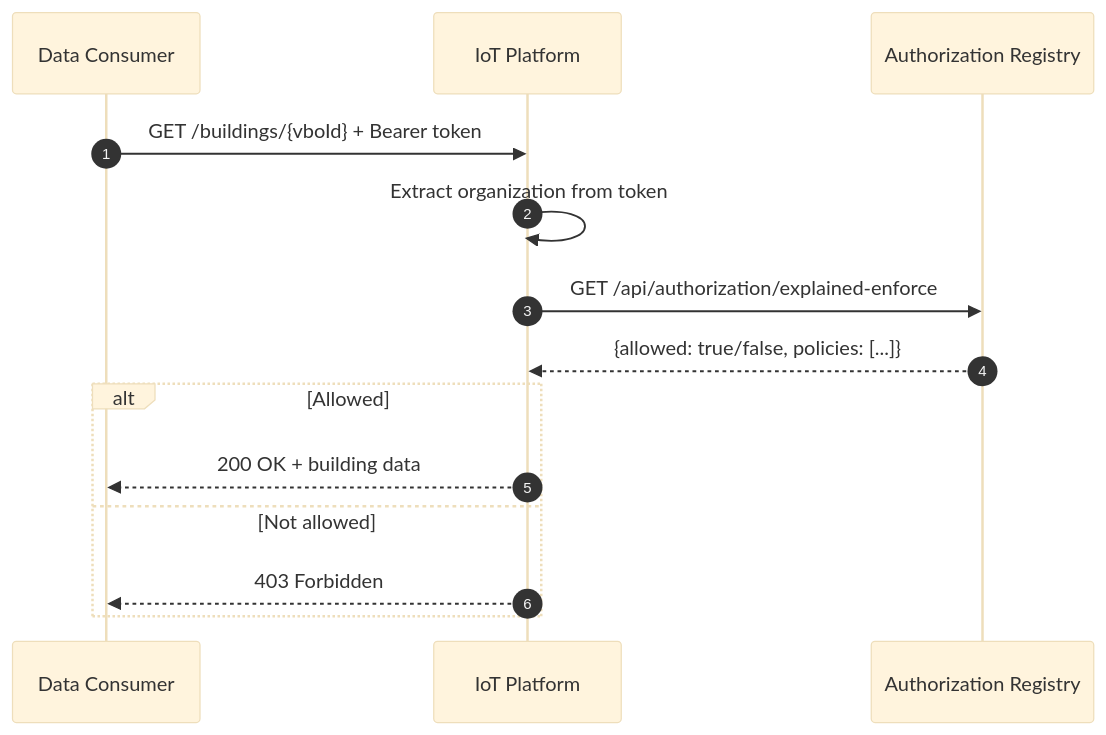
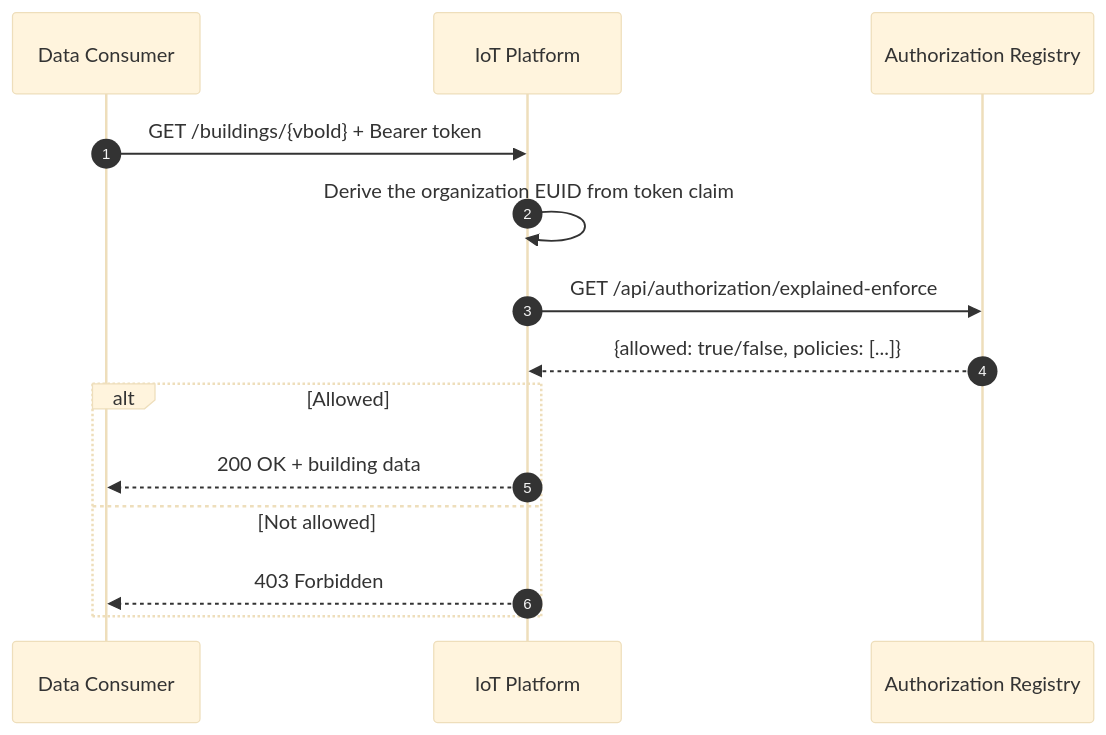
Before and after one commit to POORT8/Poort8.Docs: the second of 2 diagrams in gds-draft/architecture.md, drawn with Mermaid (base theme). The commit also changed 3 other files, not shown here.

````diff
--- a/gds-draft/architecture.md
+++ b/gds-draft/architecture.md
@@ -140,17 +140,17 @@
 ```mermaid
 sequenceDiagram
     autonumber
     participant David as Data Consumer
     participant Charlie as IoT Platform
     participant AR as Authorization Registry
 
     David->>Charlie: GET /buildings/{vboId} + Bearer token
-    Charlie->>Charlie: Extract organization from token
+    Charlie->>Charlie: Derive the organization EUID from token claim
     Charlie->>AR: GET /api/authorization/explained-enforce
     AR-->>Charlie: {allowed: true/false, policies: [...]}
     alt Allowed
         Charlie-->>David: 200 OK + building data
     else Not allowed
         Charlie-->>David: 403 Forbidden
     end
 ```
````
